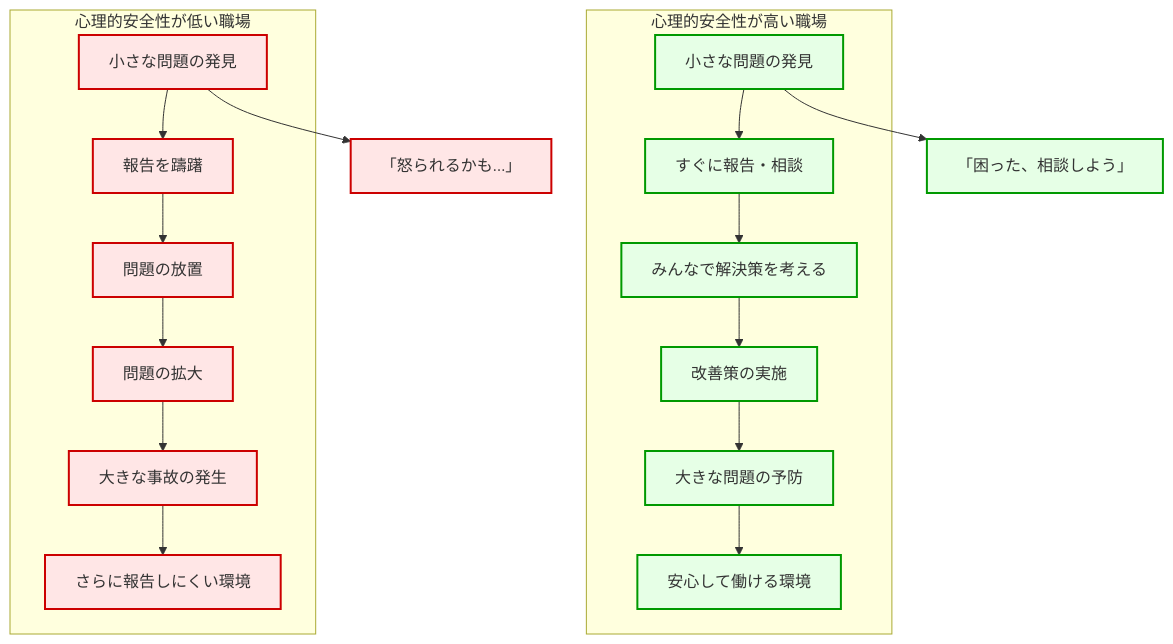
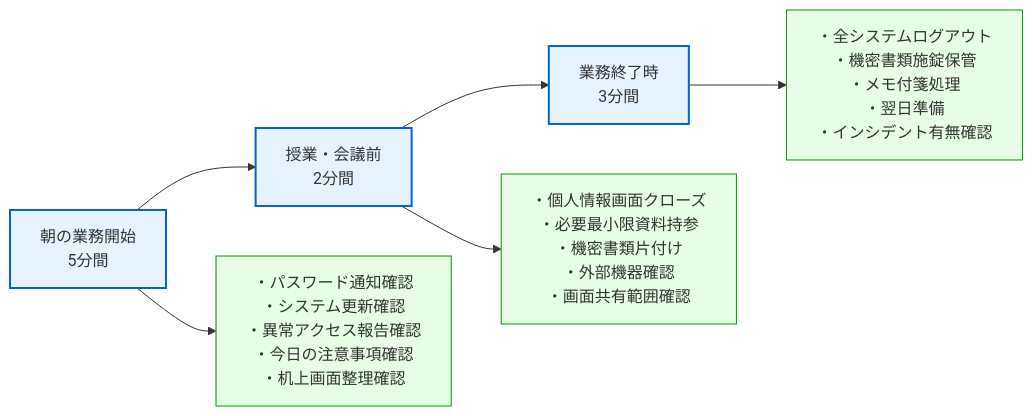
Before and after one commit to nahisaho/zenn-writing-collection: the fifth of 5 diagrams in books/d87165478af519/chapter09.md, drawn with Mermaid. The commit also changed other lines of this file and 17 other files, not shown here.

````diff
--- a/books/d87165478af519/chapter09.md
+++ b/books/d87165478af519/chapter09.md
@@ -955,27 +579,16 @@
 ```mermaid
-graph TB
-    subgraph 心理的安全性が高い職場
-        A[小さな問題の発見] --> B[すぐに報告・相談]
-        B --> C[みんなで解決策を考える]
-        C --> D[改善策の実施]
-        D --> E[大きな問題の予防]
-        E --> F[安心して働ける環境]
-    end
+graph LR
+    A[朝の業務開始<br/>5分間] --> B[授業・会議前<br/>2分間] --> C[業務終了時<br/>3分間]
     
-    subgraph 心理的安全性が低い職場
-        G[小さな問題の発見] --> H[報告を躊躇]
-        H --> I[問題の放置]
-        I --> J[問題の拡大]
-        J --> K[大きな事故の発生]
-        K --> L[さらに報告しにくい環境]
-    end
+    A --> A1[・パスワード通知確認<br/>・システム更新確認<br/>・異常アクセス報告確認<br/>・今日の注意事項確認<br/>・机上画面整理確認]
     
-    A --> A1[「困った、相談しよう」]
-    G --> G1[「怒られるかも...」]
+    B --> B1[・個人情報画面クローズ<br/>・必要最小限資料持参<br/>・機密書類片付け<br/>・外部機器確認<br/>・画面共有範囲確認]
     
-    classDef positive fill:#e6ffe6,stroke:#009900,stroke-width:2px
-    classDef negative fill:#ffe6e6,stroke:#cc0000,stroke-width:2px
+    C --> C1[・全システムログアウト<br/>・機密書類施錠保管<br/>・メモ付箋処理<br/>・翌日準備<br/>・インシデント有無確認]
     
-    class A,B,C,D,E,F,A1 positive
-    class G,H,I,J,K,L,G1 negative
+    classDef routine fill:#e6f3ff,stroke:#0066cc,stroke-width:2px
+    classDef task fill:#e6ffe6,stroke:#009900,stroke-width:1px
+    
+    class A,B,C routine
+    class A1,B1,C1 task
 ```
````
